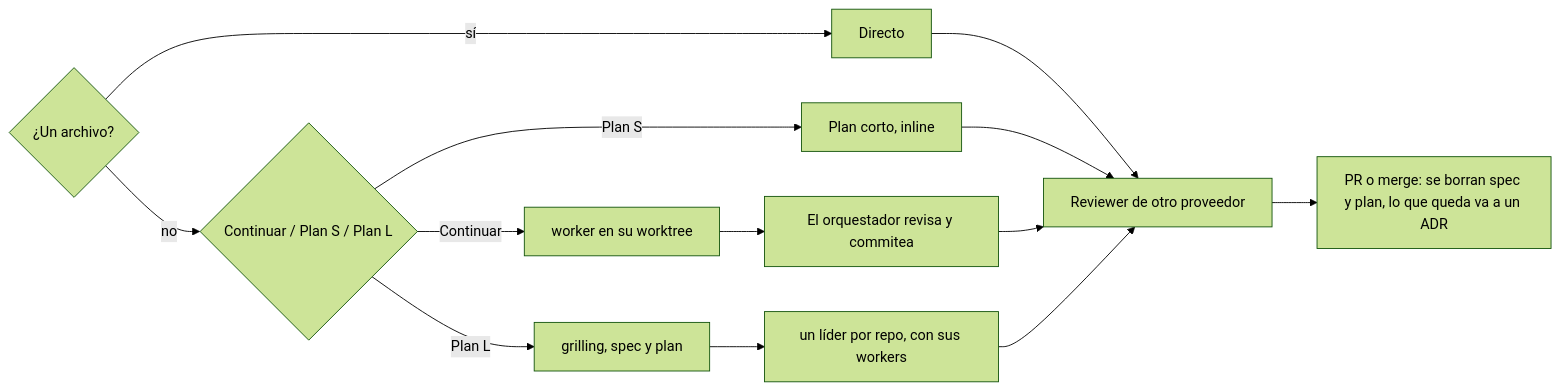
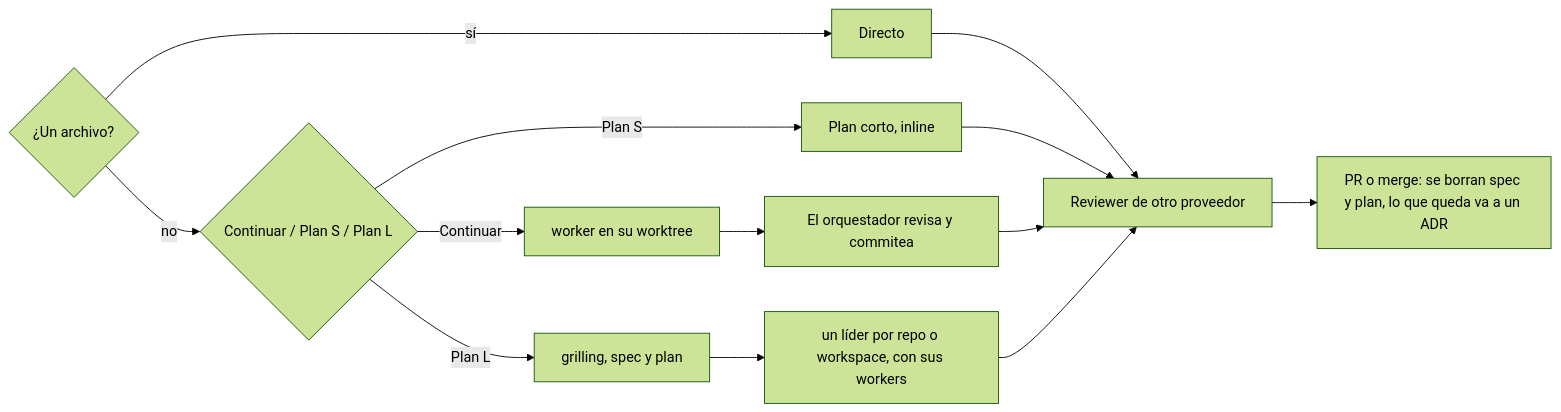
One commit to LorenGrz/agents-config changed the diagram in README.md. Above: the diagram before and after it, drawn with Mermaid (forest theme). The commit also changed other lines of this file and 8 other files, not shown here.

First line of the commit message:
feat(orquestación): líder de workspace, reasoner como Opus con advisor y revisión en el atajo de PR (ADR 0036)

````diff
--- a/README.md
+++ b/README.md
@@ -50,10 +50,10 @@
 ```mermaid
 flowchart LR
   Q{"¿Un archivo?"} -- sí --> D[Directo]
   Q -- no --> P{"Continuar / Plan S / Plan L"}
   P -- Continuar --> W[worker en su worktree]
   P -- Plan S --> S[Plan corto, inline]
-  P -- Plan L --> G[grilling, spec y plan] --> WL[un líder por repo, con sus workers]
+  P -- Plan L --> G[grilling, spec y plan] --> WL[un líder por repo o workspace, con sus workers]
   W --> O[El orquestador revisa y commitea]
   D & S & O & WL --> R[Reviewer de otro proveedor] --> M["PR o merge: se borran spec y plan, lo que queda va a un ADR"]
 ```
````
